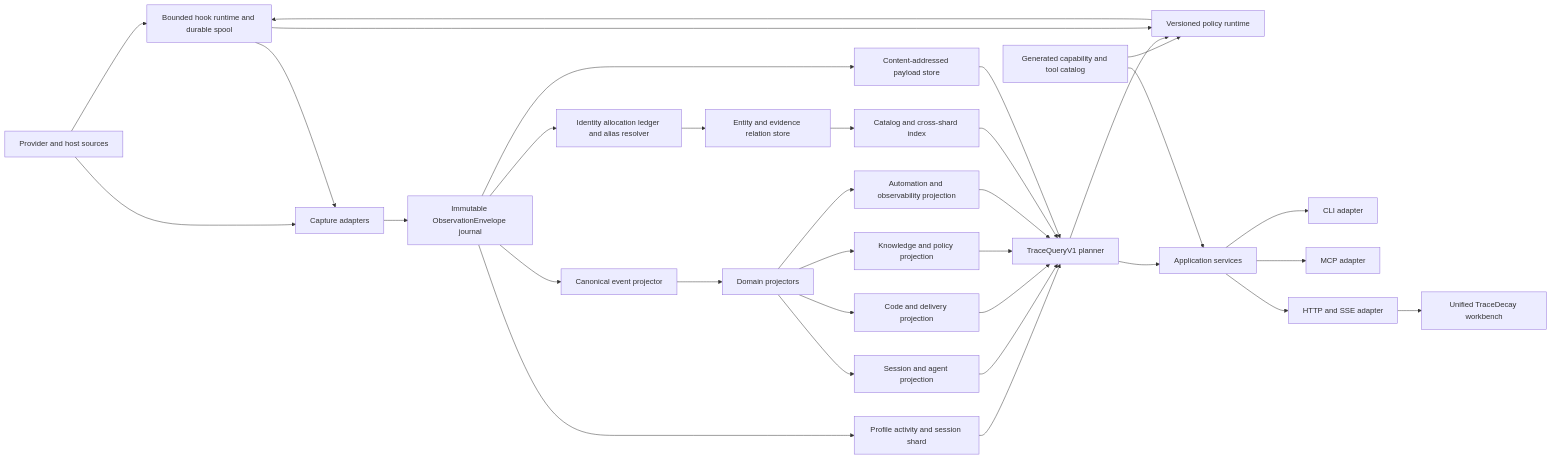
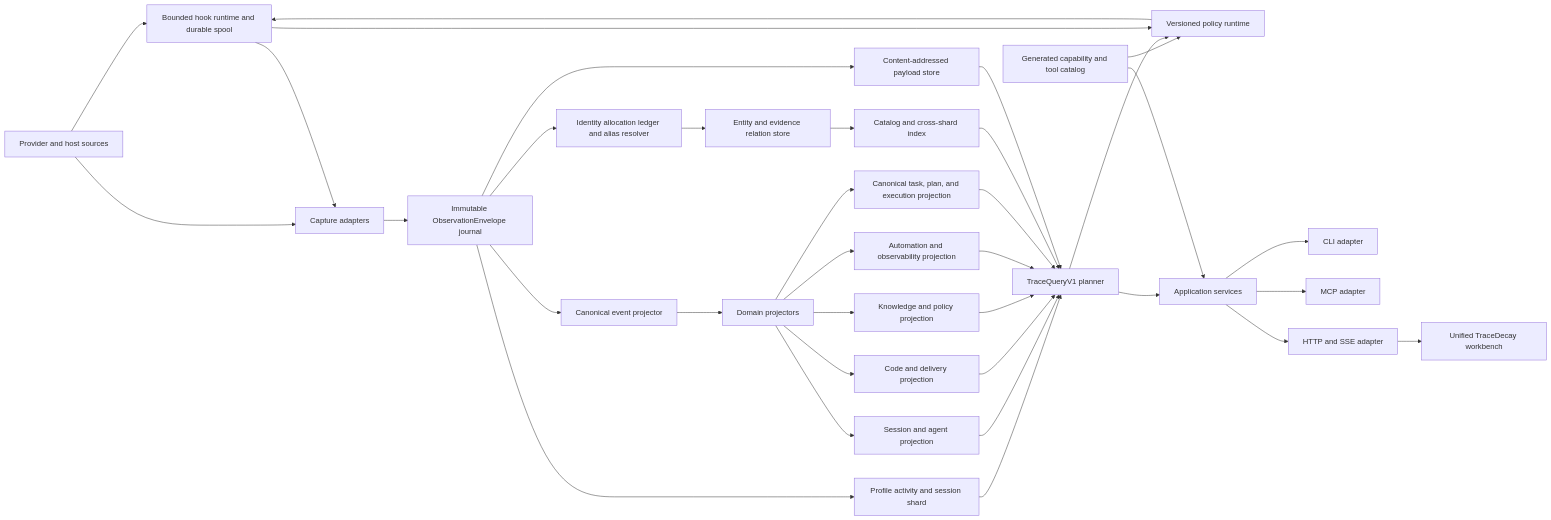
One commit to ScriptedAlchemy/tracedecay changed the diagram in docs/superpowers/plans/2026-07-09-tracedecay-brain-rewrite.md. Above: the diagram before and after it, drawn with Mermaid. The commit also changed other lines of this file and 20 other files, not shown here.

````diff
--- a/docs/superpowers/plans/2026-07-09-tracedecay-brain-rewrite.md
+++ b/docs/superpowers/plans/2026-07-09-tracedecay-brain-rewrite.md
@@ -326,35 +334,37 @@
 ```mermaid
 flowchart LR
     A["Provider and host sources"] --> U["Bounded hook runtime and durable spool"]
     A --> B["Capture adapters"]
     U --> B
     B --> C["Immutable ObservationEnvelope journal"]
     C --> D["Identity allocation ledger and alias resolver"]
     C --> E["Canonical event projector"]
     D --> F["Entity and evidence relation store"]
     E --> G["Domain projectors"]
     G --> H["Session and agent projection"]
     G --> I["Code and delivery projection"]
     G --> J["Knowledge and policy projection"]
     G --> K["Automation and observability projection"]
+    G --> X["Canonical task, plan, and execution projection"]
     C --> L["Content-addressed payload store"]
     F --> M["Catalog and cross-shard index"]
     C --> T["Profile activity and session shard"]
     T --> N
     H --> N["TraceQueryV1 planner"]
     I --> N
     J --> N
     K --> N
+    X --> N
     M --> N
     L --> N
     W["Generated capability and tool catalog"] --> V["Versioned policy runtime"]
     N --> V
     U --> V
     V --> U
     N --> O["Application services"]
     W --> O
     O --> P["CLI adapter"]
     O --> Q["MCP adapter"]
     O --> R["HTTP and SSE adapter"]
     R --> S["Unified TraceDecay workbench"]
 ```
````
